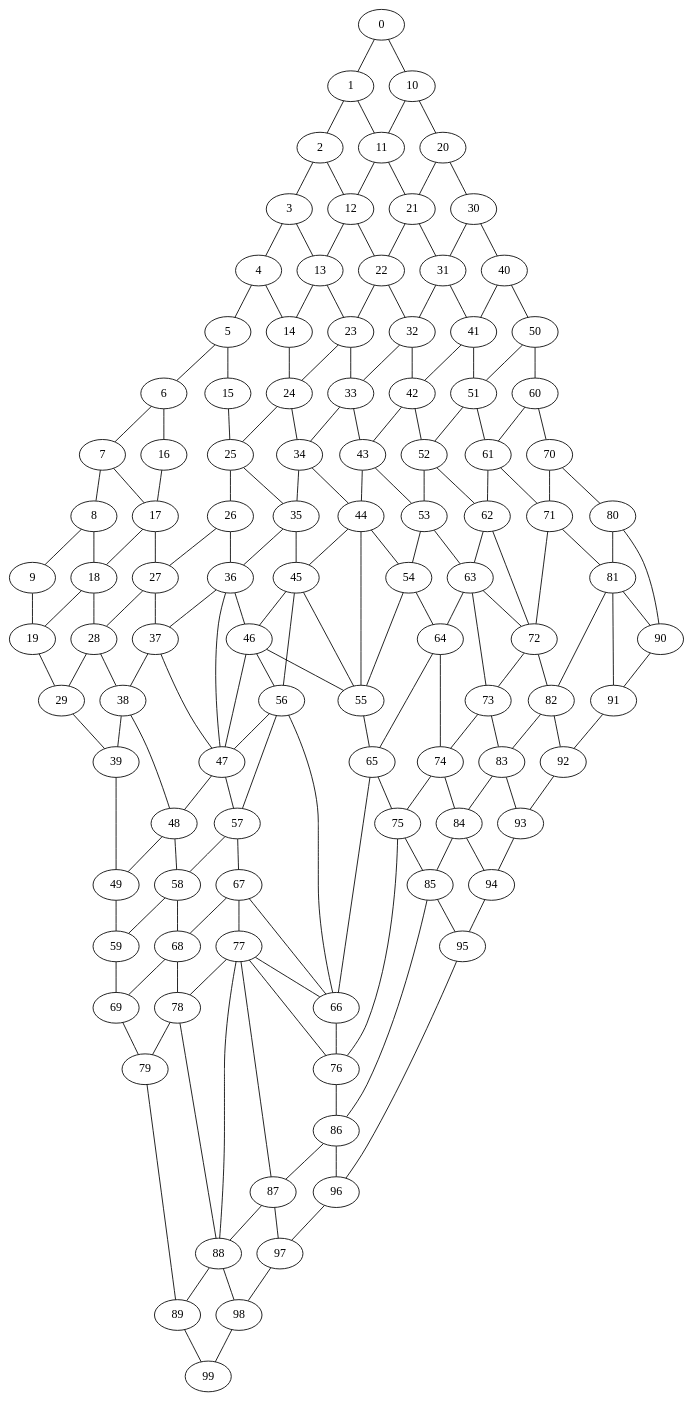
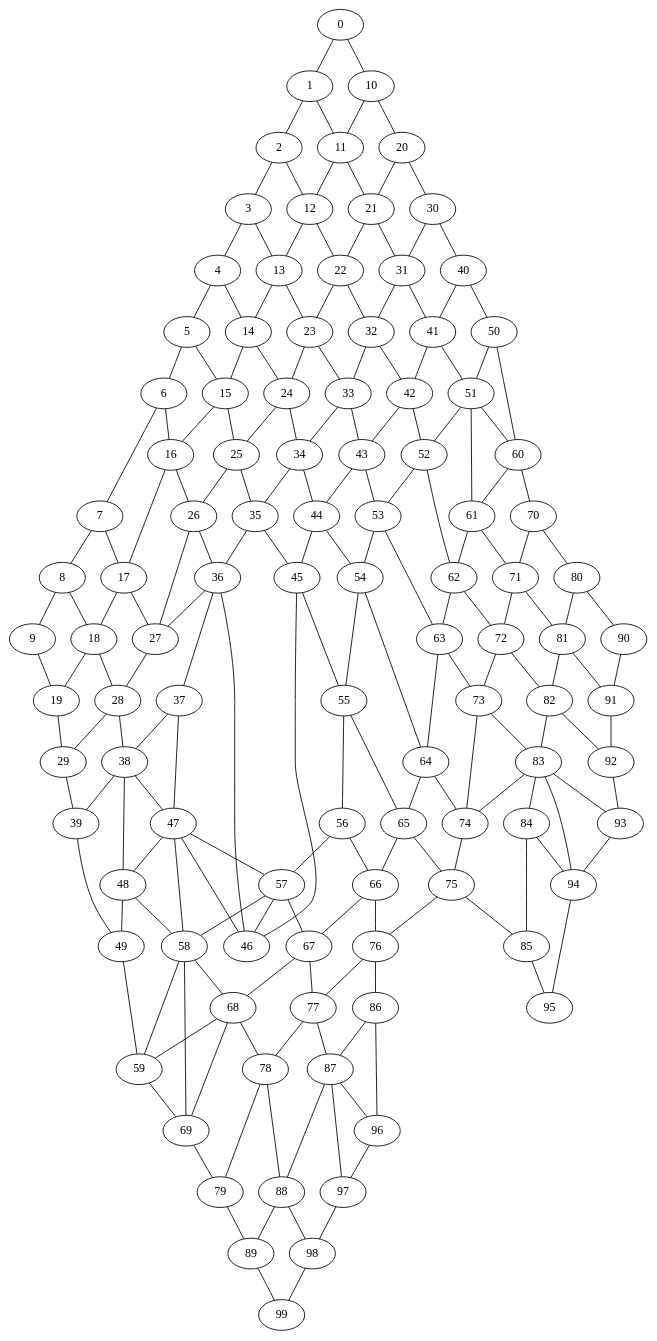
The diagram in fig/graph.dot (lorenzorizzi17/urban_network), drawn with Graphviz before and after one commit. The commit also changed 10 other files, not shown here.

```diff
--- a/fig/graph.dot
+++ b/fig/graph.dot
@@ -127,7 +127,10 @@
 13--23 ;
 13--14 ;
 14--24 ;
+14--15 ;
 15--25 ;
+15--16 ;
+16--26 ;
 16--17 ;
 17--27 ;
 17--18 ;
@@ -148,7 +151,6 @@
 25--26 ;
 26--36 ;
 26--27 ;
-27--37 ;
 27--28 ;
 28--38 ;
 28--29 ;
@@ -184,7 +186,6 @@
 44--45 ;
 45--55 ;
 45--46 ;
-46--56 ;
 46--47 ;
 47--57 ;
 47--48 ;
@@ -202,6 +203,7 @@
 54--64 ;
 54--55 ;
 55--65 ;
+55--56 ;
 56--66 ;
 56--57 ;
 57--67 ;
@@ -236,7 +238,6 @@
 72--73 ;
 73--83 ;
 73--74 ;
-74--84 ;
 74--75 ;
 75--85 ;
 75--76 ;
@@ -258,7 +259,6 @@
 84--94 ;
 84--85 ;
 85--95 ;
-85--86 ;
 86--96 ;
 86--87 ;
 87--97 ;
@@ -271,17 +271,17 @@
 92--93 ;
 93--94 ;
 94--95 ;
-95--96 ;
 96--97 ;
 97--98 ;
 98--99 ;
-44--55 ;
-36--47 ;
-77--88 ;
-46--55 ;
-81--90 ;
-45--56 ;
-56--47 ;
-63--72 ;
-77--66 ;
+38--47 ;
+51--60 ;
+57--46 ;
+68--59 ;
+47--58 ;
+83--94 ;
+58--69 ;
+36--27 ;
+87--96 ;
+83--74 ;
 }
```
